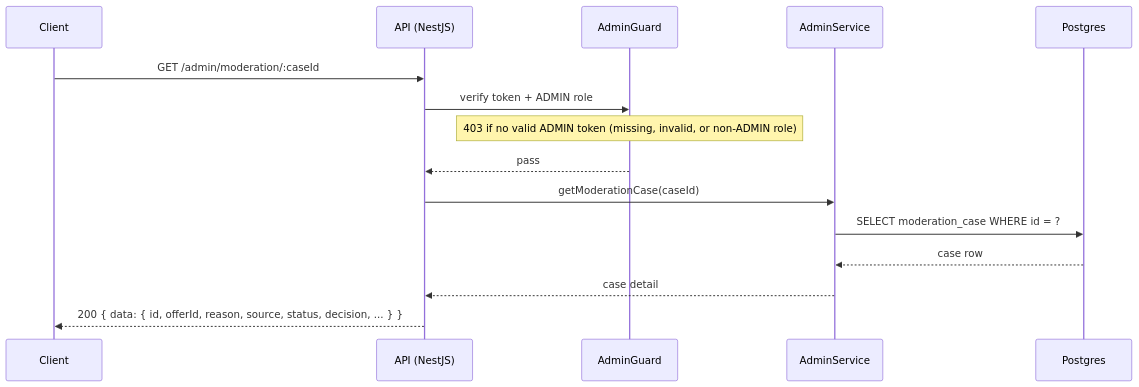
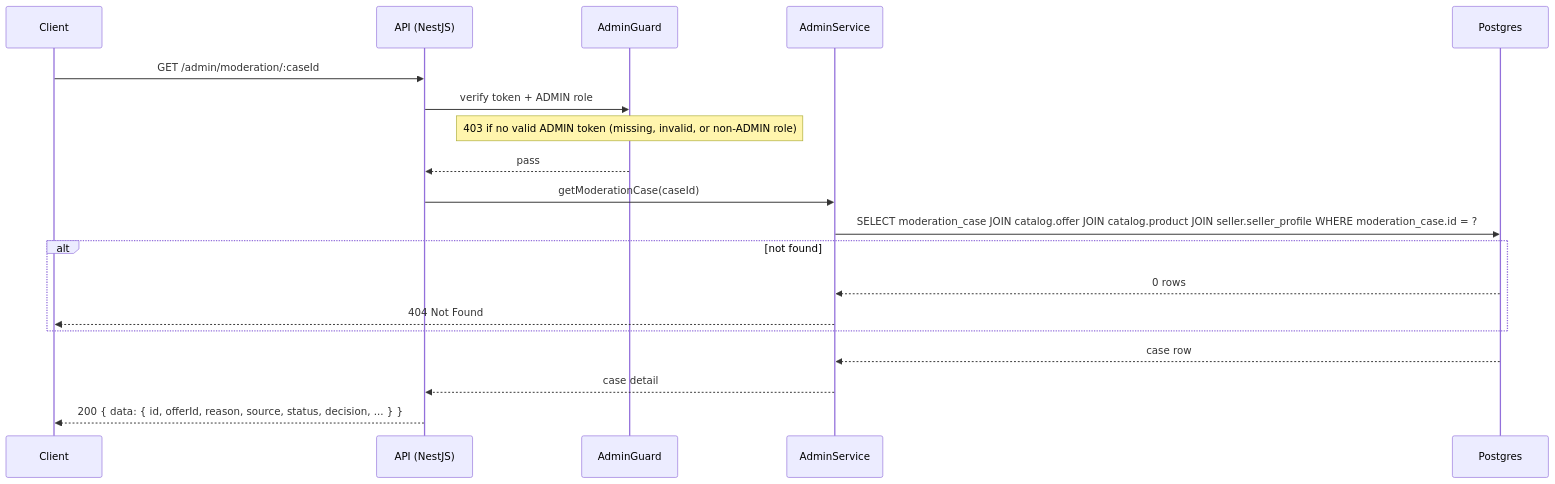
One commit to alisa-uthi/aliceut-ecom-document changed the ninth of 14 diagrams in phase-1/technical-design/api-design/admin.md. Above: the diagram before and after it, drawn with Mermaid. The commit also changed other lines of this file and 73 other files, not shown here.

````diff
--- a/phase-1/technical-design/api-design/admin.md
+++ b/phase-1/technical-design/api-design/admin.md
@@ -522,18 +689,22 @@
 ```mermaid
 sequenceDiagram
     participant C as Client
     participant API as API (NestJS)
     participant G as AdminGuard
     participant S as AdminService
     participant PG as Postgres
 
     C->>API: GET /admin/moderation/:caseId
     API->>G: verify token + ADMIN role
     Note over G: 403 if no valid ADMIN token (missing, invalid, or non-ADMIN role)
     G-->>API: pass
     API->>S: getModerationCase(caseId)
-    S->>PG: SELECT moderation_case WHERE id = ?
+    S->>PG: SELECT moderation_case JOIN catalog.offer JOIN catalog.product JOIN seller.seller_profile WHERE moderation_case.id = ?
+    alt not found
+        PG-->>S: 0 rows
+        S-->>C: 404 Not Found
+    end
     PG-->>S: case row
     S-->>API: case detail
     API-->>C: 200 { data: { id, offerId, reason, source, status, decision, ... } }
 ```
````
